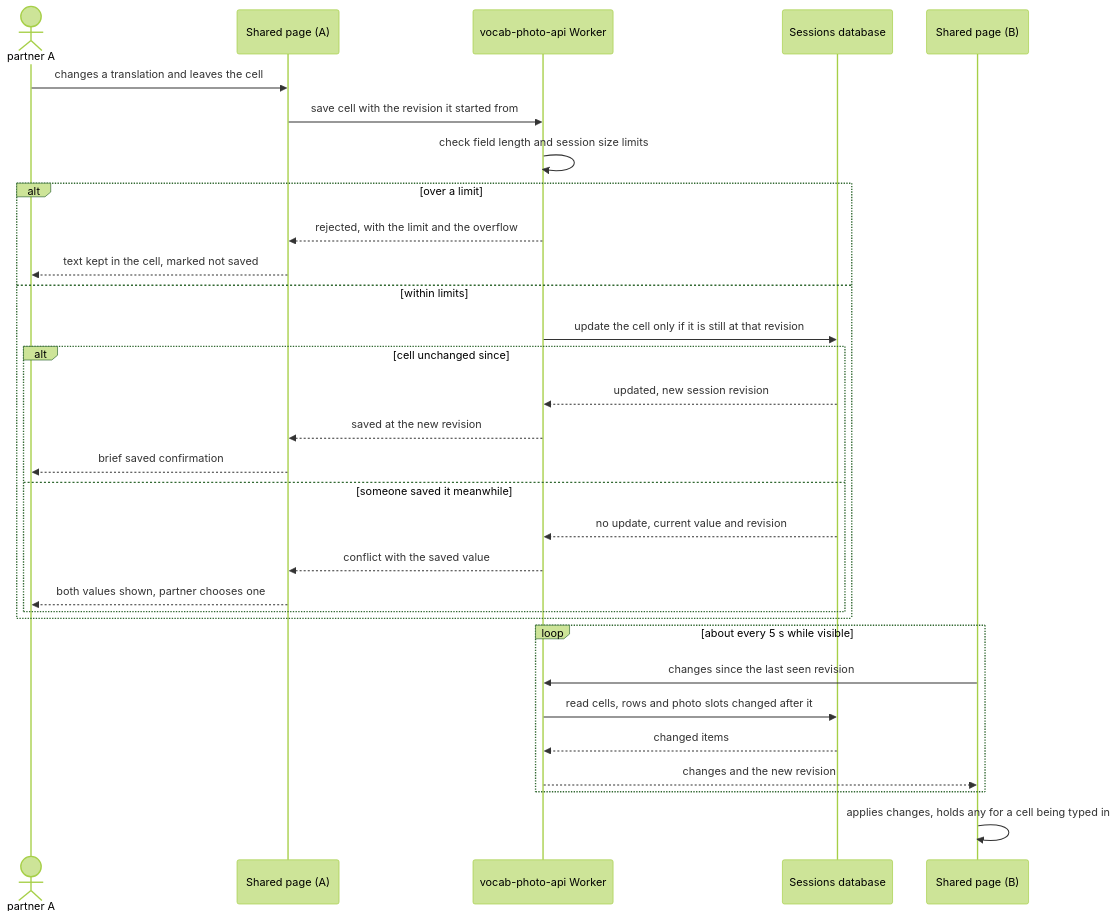
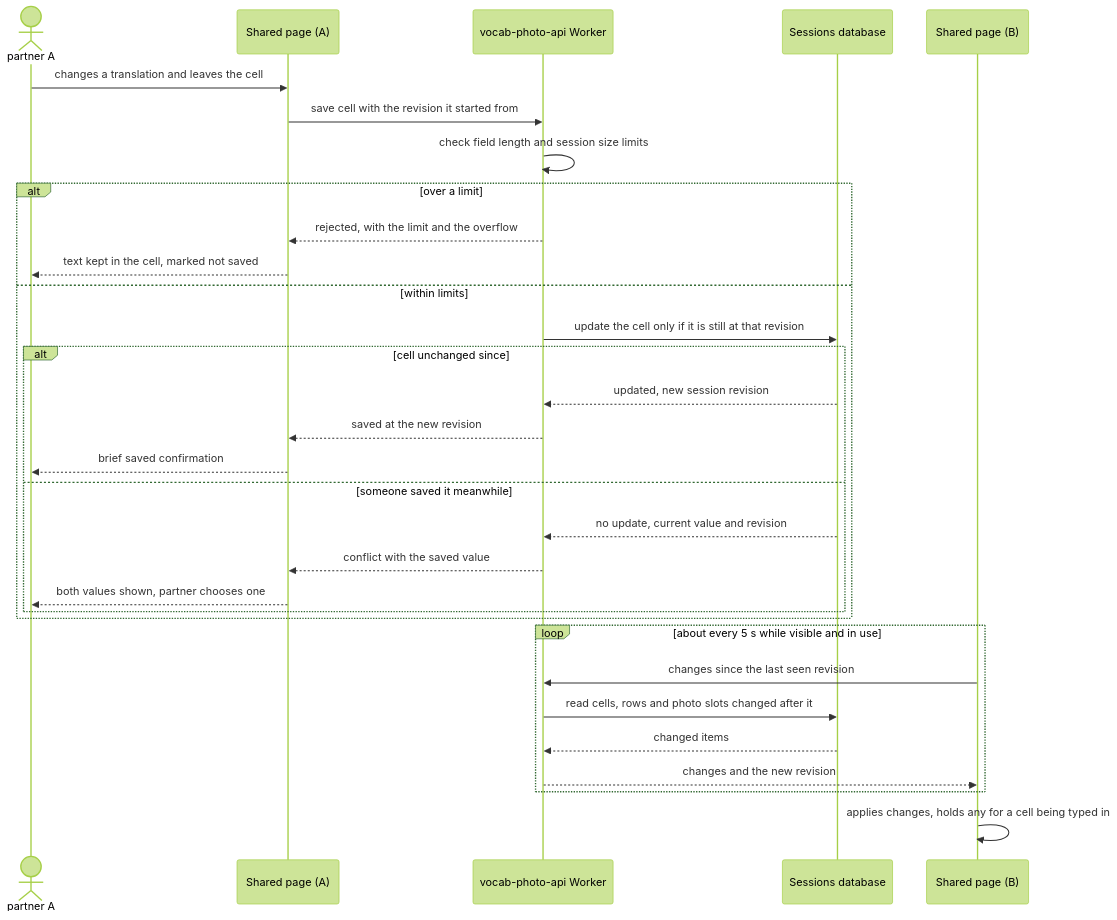
The third of 5 diagrams in docs/features/good-looking-web/sad.md (mlevytskiy/flutter_vocabulary_app), drawn with Mermaid (forest theme) before and after one commit. The commit also changed other lines of this file and 2 other files, not shown here.

````diff
--- a/docs/features/good-looking-web/sad.md
+++ b/docs/features/good-looking-web/sad.md
@@ -217,33 +218,33 @@
 ```mermaid
 sequenceDiagram
     actor PartnerA as partner A
     participant PageA as Shared page (A)
     participant Api as vocab-photo-api Worker
     participant D1 as Sessions database
     participant PageB as Shared page (B)
     PartnerA->>PageA: changes a translation and leaves the cell
     PageA->>Api: save cell with the revision it started from
     Api->>Api: check field length and session size limits
     alt over a limit
         Api-->>PageA: rejected, with the limit and the overflow
         PageA-->>PartnerA: text kept in the cell, marked not saved
     else within limits
         Api->>D1: update the cell only if it is still at that revision
         alt cell unchanged since
             D1-->>Api: updated, new session revision
             Api-->>PageA: saved at the new revision
             PageA-->>PartnerA: brief saved confirmation
         else someone saved it meanwhile
             D1-->>Api: no update, current value and revision
             Api-->>PageA: conflict with the saved value
             PageA-->>PartnerA: both values shown, partner chooses one
         end
     end
-    loop about every 5 s while visible
+    loop about every 5 s while visible and in use
         PageB->>Api: changes since the last seen revision
         Api->>D1: read cells, rows and photo slots changed after it
         D1-->>Api: changed items
         Api-->>PageB: changes and the new revision
     end
     PageB->>PageB: applies changes, holds any for a cell being typed in
 ```
````
